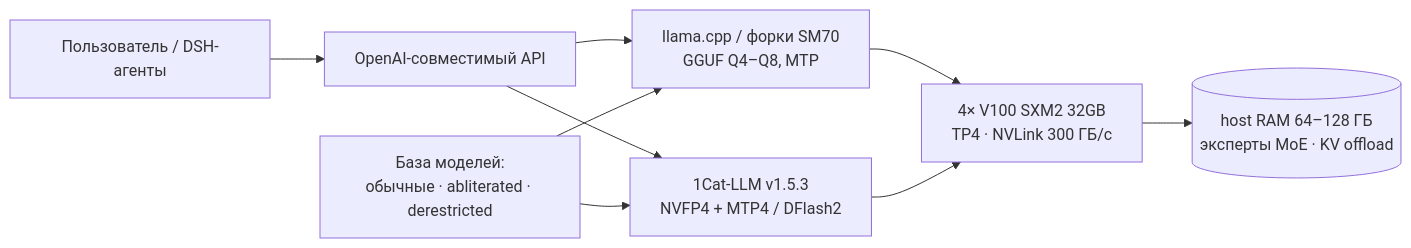
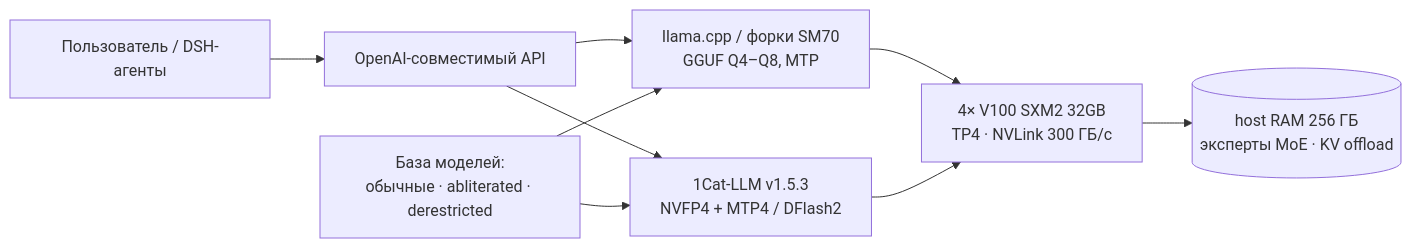
Before and after one commit to rukazax/local-llm: the first of 2 diagrams in README.md, drawn with Mermaid. The commit also changed other lines of this file and 4 other files, not shown here.

````diff
--- a/README.md
+++ b/README.md
@@ -75,11 +75,11 @@
 ```mermaid
 flowchart LR
     U[Пользователь / DSH-агенты] --> API[OpenAI-совместимый API]
     API --> ENG1[llama.cpp / форки SM70\nGGUF Q4–Q8, MTP]
     API --> ENG2[1Cat-LLM v1.5.3\nNVFP4 + MTP4 / DFlash2]
     ENG1 --> GPU0[4× V100 SXM2 32GB\nTP4 · NVLink 300 ГБ/с]
     ENG2 --> GPU0
-    GPU0 --> RAM[(host RAM 64–128 ГБ\nэксперты MoE · KV offload)]
+    GPU0 --> RAM[(host RAM 256 ГБ\nэксперты MoE · KV offload)]
     MODELS[База моделей:\nобычные · abliterated · derestricted] --> ENG1
     MODELS --> ENG2
 ```
````
